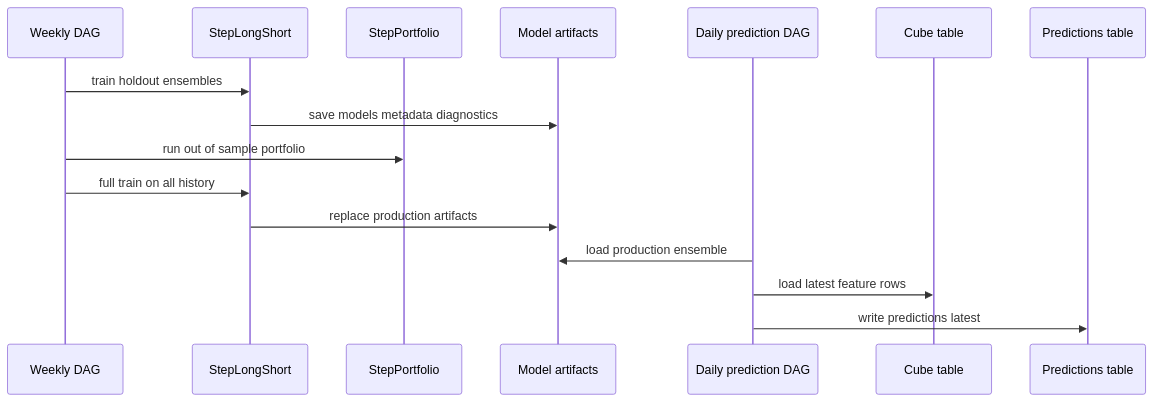
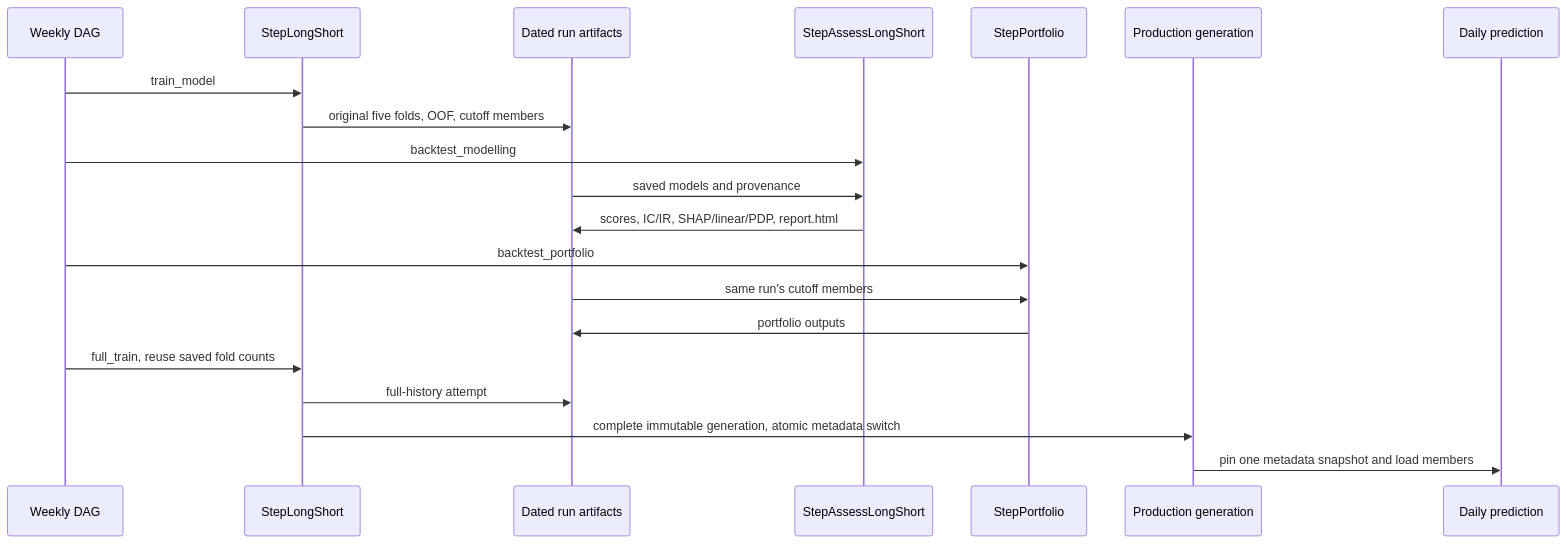
One commit to alexandredelarrard/PEA changed the diagram in wiki/flows/model-training-and-prediction.md. Above: the diagram before and after it, drawn with Mermaid. The commit also changed other lines of this file and 6 other files, not shown here.

Commit message:
docs(modelling): capture reviewed DAG and saved-model workflow

```diff
--- a/wiki/flows/model-training-and-prediction.md
+++ b/wiki/flows/model-training-and-prediction.md
@@ -22,18 +16,22 @@
 ~~~mermaid
 sequenceDiagram
   participant Weekly as Weekly DAG
-  participant Model as StepLongShort
-  participant Backtest as StepPortfolio
-  participant Artifacts as Model artifacts
-  participant Daily as Daily prediction DAG
-  participant Cube as Cube table
-  participant Pred as Predictions table
-  Weekly->>Model: train holdout ensembles
-  Model->>Artifacts: save models metadata diagnostics
-  Weekly->>Backtest: run out of sample portfolio
-  Weekly->>Model: full train on all history
-  Model->>Artifacts: replace production artifacts
-  Daily->>Artifacts: load production ensemble
-  Daily->>Cube: load latest feature rows
-  Daily->>Pred: write predictions latest
+  participant Train as StepLongShort
+  participant Files as Dated run artifacts
+  participant Assess as StepAssessLongShort
+  participant Portfolio as StepPortfolio
+  participant Production as Production generation
+  participant Daily as Daily prediction
+  Weekly->>Train: train_model
+  Train->>Files: original five folds, OOF, cutoff members
+  Weekly->>Assess: backtest_modelling
+  Files->>Assess: saved models and provenance
+  Assess->>Files: scores, IC/IR, SHAP/linear/PDP, report.html
+  Weekly->>Portfolio: backtest_portfolio
+  Files->>Portfolio: same run's cutoff members
+  Portfolio->>Files: portfolio outputs
+  Weekly->>Train: full_train, reuse saved fold counts
+  Train->>Files: full-history attempt
+  Train->>Production: complete immutable generation, atomic metadata switch
+  Production->>Daily: pin one metadata snapshot and load members
 ~~~
```
